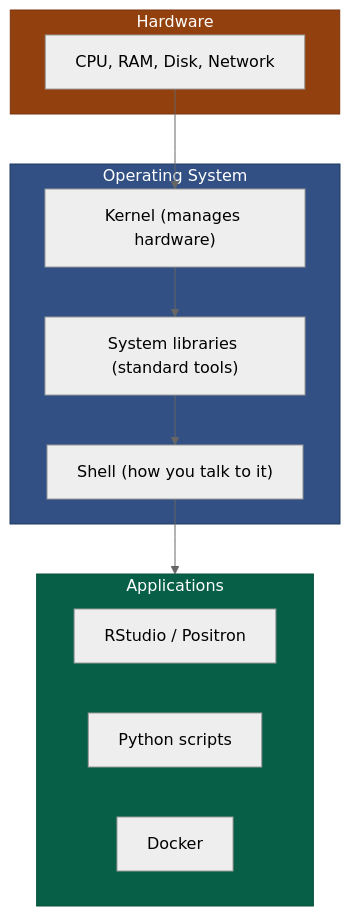
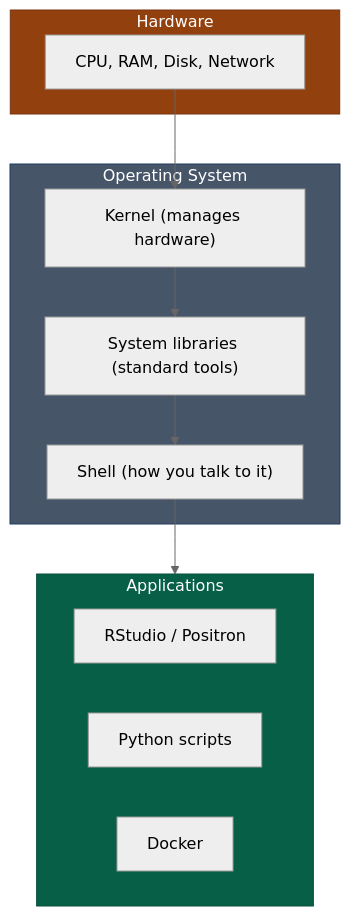
One commit to Ch3w3y/docker_gcp changed the first of 2 diagrams in docs/what-is-linux.md. Above: the diagram before and after it, drawn with Mermaid (neutral theme). The commit also changed other lines of this file and 12 other files, not shown here.

````diff
--- a/docs/what-is-linux.md
+++ b/docs/what-is-linux.md
@@ -17,24 +17,24 @@
 ```mermaid
 flowchart TD
     subgraph Hardware
         H["CPU, RAM, Disk, Network"]
     end
 
     subgraph OS["Operating System"]
         K["Kernel (manages hardware)"]
         L["System libraries (standard tools)"]
         S["Shell (how you talk to it)"]
     end
 
     subgraph Apps["Applications"]
         R["RStudio / Positron"]
         P["Python scripts"]
         D["Docker"]
     end
 
     H --> K --> L --> S
     S --> Apps
     style Hardware fill:#92400e,stroke:#78350f,color:#ffffff
-    style OS fill:#325083,stroke:#1e3a5f,color:#ffffff
+    style OS fill:#475569,stroke:#1e3a5f,color:#ffffff
     style Apps fill:#065f46,stroke:#064e3b,color:#ffffff
 ```
````
